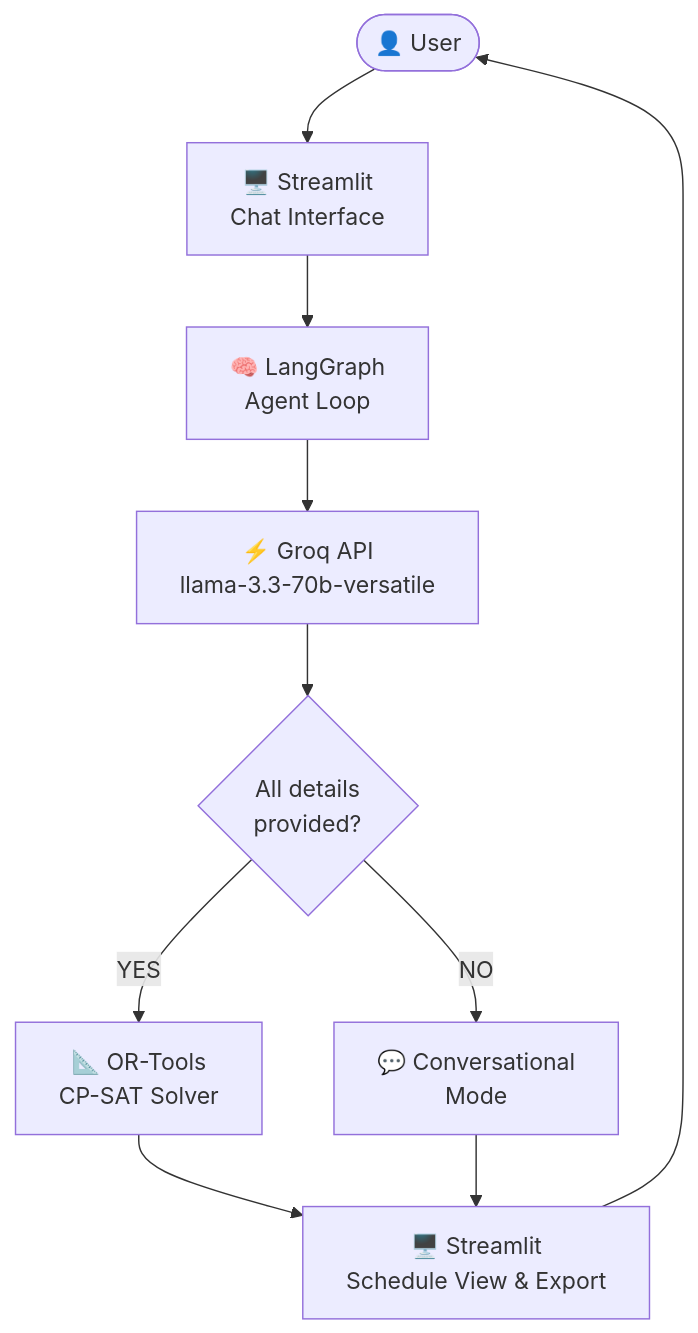
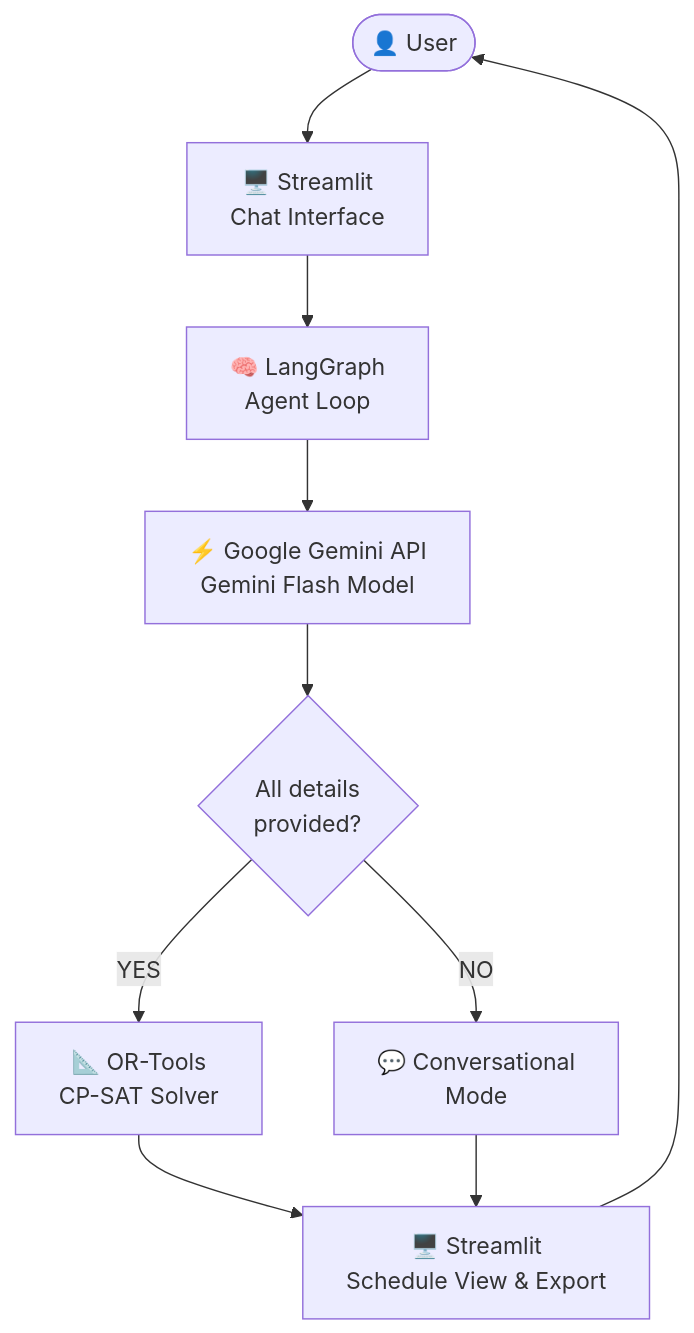
Before and after one commit to vaibhavsimha-j/Slot_AI: the first of 2 diagrams in README.md, drawn with Mermaid. The commit also changed other lines of this file, not shown here.

````diff
--- a/README.md
+++ b/README.md
@@ -26,12 +26,12 @@
 ```mermaid
 flowchart TD
     A([👤 User]) --> B["🖥️ Streamlit\nChat Interface"]
     B --> C["🧠 LangGraph\nAgent Loop"]
-    C --> D["⚡ Groq API\nllama-3.3-70b-versatile"]
+    C --> D["⚡ Google Gemini API\nGemini Flash Model"]
     D --> E{All details\nprovided?}
     E -- YES --> F["📐 OR-Tools\nCP-SAT Solver"]
     E -- NO --> G["💬 Conversational\nMode"]
     F --> H["🖥️ Streamlit\nSchedule View & Export"]
     G --> H
     H --> A
 ```
````
